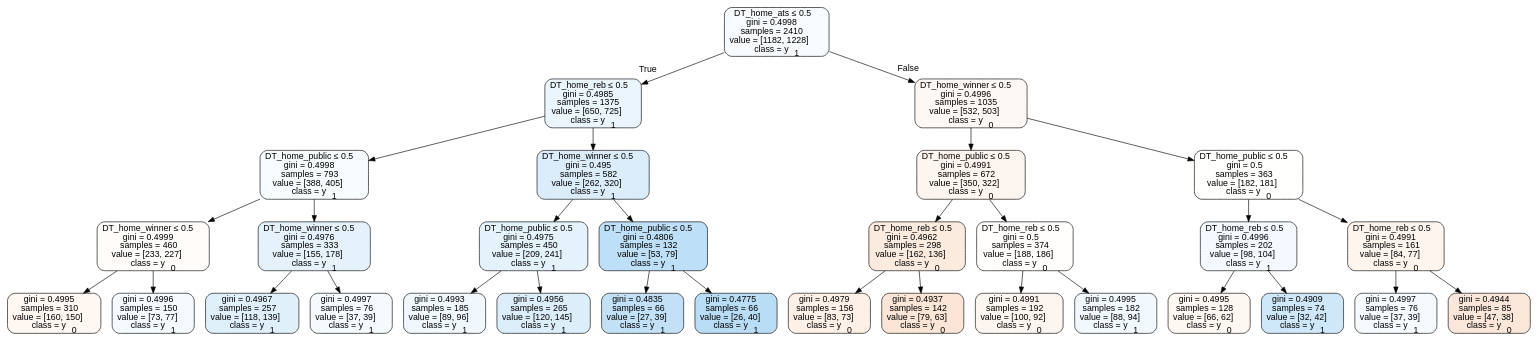
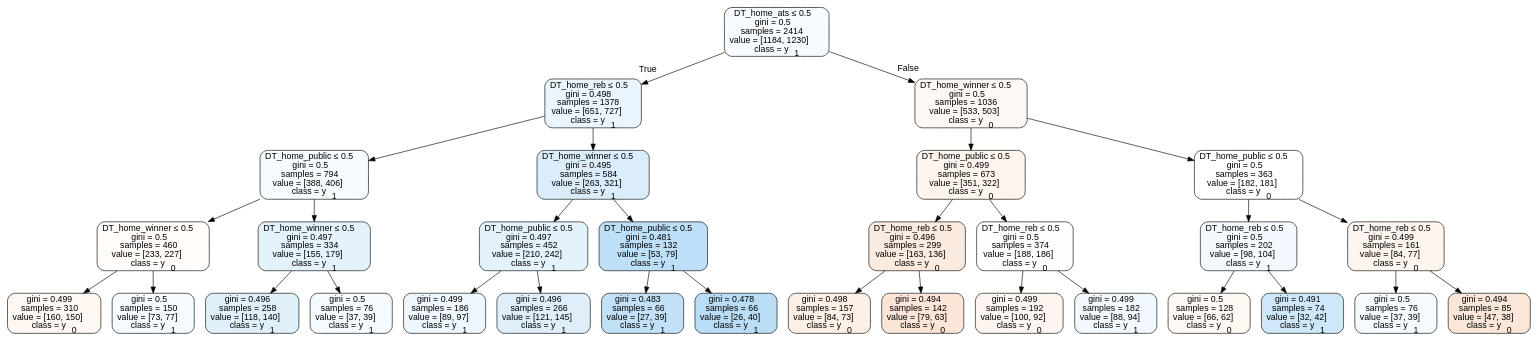
Before and after one commit to usbogie/ncaa-bets: the diagram in Basketball/data/trees/tree2013neutral.dot, drawn with Graphviz. The commit also changed 26 other files, not shown here.

```diff
--- a/Basketball/data/trees/tree2013neutral.dot
+++ b/Basketball/data/trees/tree2013neutral.dot
@@ -1,65 +1,65 @@
 digraph Tree {
 node [shape=box, style="filled, rounded", color="black", fontname=helvetica] ;
 edge [fontname=helvetica] ;
-0 [label=<DT_home_ats &le; 0.5<br/>gini = 0.4998<br/>samples = 2410<br/>value = [1182, 1228]<br/>class = y<SUB>1</SUB>>, fillcolor="#399de50a"] ;
-1 [label=<DT_home_reb &le; 0.5<br/>gini = 0.4985<br/>samples = 1375<br/>value = [650, 725]<br/>class = y<SUB>1</SUB>>, fillcolor="#399de51a"] ;
+0 [label=<DT_home_ats &le; 0.5<br/>gini = 0.5<br/>samples = 2414<br/>value = [1184, 1230]<br/>class = y<SUB>1</SUB>>, fillcolor="#399de50a"] ;
+1 [label=<DT_home_reb &le; 0.5<br/>gini = 0.498<br/>samples = 1378<br/>value = [651, 727]<br/>class = y<SUB>1</SUB>>, fillcolor="#399de51b"] ;
 0 -> 1 [labeldistance=2.5, labelangle=45, headlabel="True"] ;
-2 [label=<DT_home_public &le; 0.5<br/>gini = 0.4998<br/>samples = 793<br/>value = [388, 405]<br/>class = y<SUB>1</SUB>>, fillcolor="#399de50b"] ;
+2 [label=<DT_home_public &le; 0.5<br/>gini = 0.5<br/>samples = 794<br/>value = [388, 406]<br/>class = y<SUB>1</SUB>>, fillcolor="#399de50b"] ;
 1 -> 2 ;
-3 [label=<DT_home_winner &le; 0.5<br/>gini = 0.4999<br/>samples = 460<br/>value = [233, 227]<br/>class = y<SUB>0</SUB>>, fillcolor="#e5813907"] ;
+3 [label=<DT_home_winner &le; 0.5<br/>gini = 0.5<br/>samples = 460<br/>value = [233, 227]<br/>class = y<SUB>0</SUB>>, fillcolor="#e5813907"] ;
 2 -> 3 ;
-4 [label=<gini = 0.4995<br/>samples = 310<br/>value = [160, 150]<br/>class = y<SUB>0</SUB>>, fillcolor="#e5813910"] ;
+4 [label=<gini = 0.499<br/>samples = 310<br/>value = [160, 150]<br/>class = y<SUB>0</SUB>>, fillcolor="#e5813910"] ;
 3 -> 4 ;
-5 [label=<gini = 0.4996<br/>samples = 150<br/>value = [73, 77]<br/>class = y<SUB>1</SUB>>, fillcolor="#399de50d"] ;
+5 [label=<gini = 0.5<br/>samples = 150<br/>value = [73, 77]<br/>class = y<SUB>1</SUB>>, fillcolor="#399de50d"] ;
 3 -> 5 ;
-6 [label=<DT_home_winner &le; 0.5<br/>gini = 0.4976<br/>samples = 333<br/>value = [155, 178]<br/>class = y<SUB>1</SUB>>, fillcolor="#399de521"] ;
+6 [label=<DT_home_winner &le; 0.5<br/>gini = 0.497<br/>samples = 334<br/>value = [155, 179]<br/>class = y<SUB>1</SUB>>, fillcolor="#399de522"] ;
 2 -> 6 ;
-7 [label=<gini = 0.4967<br/>samples = 257<br/>value = [118, 139]<br/>class = y<SUB>1</SUB>>, fillcolor="#399de527"] ;
+7 [label=<gini = 0.496<br/>samples = 258<br/>value = [118, 140]<br/>class = y<SUB>1</SUB>>, fillcolor="#399de528"] ;
 6 -> 7 ;
-8 [label=<gini = 0.4997<br/>samples = 76<br/>value = [37, 39]<br/>class = y<SUB>1</SUB>>, fillcolor="#399de50d"] ;
+8 [label=<gini = 0.5<br/>samples = 76<br/>value = [37, 39]<br/>class = y<SUB>1</SUB>>, fillcolor="#399de50d"] ;
 6 -> 8 ;
-9 [label=<DT_home_winner &le; 0.5<br/>gini = 0.495<br/>samples = 582<br/>value = [262, 320]<br/>class = y<SUB>1</SUB>>, fillcolor="#399de52e"] ;
+9 [label=<DT_home_winner &le; 0.5<br/>gini = 0.495<br/>samples = 584<br/>value = [263, 321]<br/>class = y<SUB>1</SUB>>, fillcolor="#399de52e"] ;
 1 -> 9 ;
-10 [label=<DT_home_public &le; 0.5<br/>gini = 0.4975<br/>samples = 450<br/>value = [209, 241]<br/>class = y<SUB>1</SUB>>, fillcolor="#399de522"] ;
+10 [label=<DT_home_public &le; 0.5<br/>gini = 0.497<br/>samples = 452<br/>value = [210, 242]<br/>class = y<SUB>1</SUB>>, fillcolor="#399de522"] ;
 9 -> 10 ;
-11 [label=<gini = 0.4993<br/>samples = 185<br/>value = [89, 96]<br/>class = y<SUB>1</SUB>>, fillcolor="#399de513"] ;
+11 [label=<gini = 0.499<br/>samples = 186<br/>value = [89, 97]<br/>class = y<SUB>1</SUB>>, fillcolor="#399de515"] ;
 10 -> 11 ;
-12 [label=<gini = 0.4956<br/>samples = 265<br/>value = [120, 145]<br/>class = y<SUB>1</SUB>>, fillcolor="#399de52c"] ;
+12 [label=<gini = 0.496<br/>samples = 266<br/>value = [121, 145]<br/>class = y<SUB>1</SUB>>, fillcolor="#399de52a"] ;
 10 -> 12 ;
-13 [label=<DT_home_public &le; 0.5<br/>gini = 0.4806<br/>samples = 132<br/>value = [53, 79]<br/>class = y<SUB>1</SUB>>, fillcolor="#399de554"] ;
+13 [label=<DT_home_public &le; 0.5<br/>gini = 0.481<br/>samples = 132<br/>value = [53, 79]<br/>class = y<SUB>1</SUB>>, fillcolor="#399de554"] ;
 9 -> 13 ;
-14 [label=<gini = 0.4835<br/>samples = 66<br/>value = [27, 39]<br/>class = y<SUB>1</SUB>>, fillcolor="#399de54e"] ;
+14 [label=<gini = 0.483<br/>samples = 66<br/>value = [27, 39]<br/>class = y<SUB>1</SUB>>, fillcolor="#399de54e"] ;
 13 -> 14 ;
-15 [label=<gini = 0.4775<br/>samples = 66<br/>value = [26, 40]<br/>class = y<SUB>1</SUB>>, fillcolor="#399de559"] ;
+15 [label=<gini = 0.478<br/>samples = 66<br/>value = [26, 40]<br/>class = y<SUB>1</SUB>>, fillcolor="#399de559"] ;
 13 -> 15 ;
-16 [label=<DT_home_winner &le; 0.5<br/>gini = 0.4996<br/>samples = 1035<br/>value = [532, 503]<br/>class = y<SUB>0</SUB>>, fillcolor="#e581390e"] ;
+16 [label=<DT_home_winner &le; 0.5<br/>gini = 0.5<br/>samples = 1036<br/>value = [533, 503]<br/>class = y<SUB>0</SUB>>, fillcolor="#e581390e"] ;
 0 -> 16 [labeldistance=2.5, labelangle=-45, headlabel="False"] ;
-17 [label=<DT_home_public &le; 0.5<br/>gini = 0.4991<br/>samples = 672<br/>value = [350, 322]<br/>class = y<SUB>0</SUB>>, fillcolor="#e5813914"] ;
+17 [label=<DT_home_public &le; 0.5<br/>gini = 0.499<br/>samples = 673<br/>value = [351, 322]<br/>class = y<SUB>0</SUB>>, fillcolor="#e5813915"] ;
 16 -> 17 ;
-18 [label=<DT_home_reb &le; 0.5<br/>gini = 0.4962<br/>samples = 298<br/>value = [162, 136]<br/>class = y<SUB>0</SUB>>, fillcolor="#e5813929"] ;
+18 [label=<DT_home_reb &le; 0.5<br/>gini = 0.496<br/>samples = 299<br/>value = [163, 136]<br/>class = y<SUB>0</SUB>>, fillcolor="#e581392a"] ;
 17 -> 18 ;
-19 [label=<gini = 0.4979<br/>samples = 156<br/>value = [83, 73]<br/>class = y<SUB>0</SUB>>, fillcolor="#e581391f"] ;
+19 [label=<gini = 0.498<br/>samples = 157<br/>value = [84, 73]<br/>class = y<SUB>0</SUB>>, fillcolor="#e5813921"] ;
 18 -> 19 ;
-20 [label=<gini = 0.4937<br/>samples = 142<br/>value = [79, 63]<br/>class = y<SUB>0</SUB>>, fillcolor="#e5813934"] ;
+20 [label=<gini = 0.494<br/>samples = 142<br/>value = [79, 63]<br/>class = y<SUB>0</SUB>>, fillcolor="#e5813934"] ;
 18 -> 20 ;
 21 [label=<DT_home_reb &le; 0.5<br/>gini = 0.5<br/>samples = 374<br/>value = [188, 186]<br/>class = y<SUB>0</SUB>>, fillcolor="#e5813903"] ;
 17 -> 21 ;
-22 [label=<gini = 0.4991<br/>samples = 192<br/>value = [100, 92]<br/>class = y<SUB>0</SUB>>, fillcolor="#e5813914"] ;
+22 [label=<gini = 0.499<br/>samples = 192<br/>value = [100, 92]<br/>class = y<SUB>0</SUB>>, fillcolor="#e5813914"] ;
 21 -> 22 ;
-23 [label=<gini = 0.4995<br/>samples = 182<br/>value = [88, 94]<br/>class = y<SUB>1</SUB>>, fillcolor="#399de510"] ;
+23 [label=<gini = 0.499<br/>samples = 182<br/>value = [88, 94]<br/>class = y<SUB>1</SUB>>, fillcolor="#399de510"] ;
 21 -> 23 ;
 24 [label=<DT_home_public &le; 0.5<br/>gini = 0.5<br/>samples = 363<br/>value = [182, 181]<br/>class = y<SUB>0</SUB>>, fillcolor="#e5813901"] ;
 16 -> 24 ;
-25 [label=<DT_home_reb &le; 0.5<br/>gini = 0.4996<br/>samples = 202<br/>value = [98, 104]<br/>class = y<SUB>1</SUB>>, fillcolor="#399de50f"] ;
+25 [label=<DT_home_reb &le; 0.5<br/>gini = 0.5<br/>samples = 202<br/>value = [98, 104]<br/>class = y<SUB>1</SUB>>, fillcolor="#399de50f"] ;
 24 -> 25 ;
-26 [label=<gini = 0.4995<br/>samples = 128<br/>value = [66, 62]<br/>class = y<SUB>0</SUB>>, fillcolor="#e581390f"] ;
+26 [label=<gini = 0.5<br/>samples = 128<br/>value = [66, 62]<br/>class = y<SUB>0</SUB>>, fillcolor="#e581390f"] ;
 25 -> 26 ;
-27 [label=<gini = 0.4909<br/>samples = 74<br/>value = [32, 42]<br/>class = y<SUB>1</SUB>>, fillcolor="#399de53d"] ;
+27 [label=<gini = 0.491<br/>samples = 74<br/>value = [32, 42]<br/>class = y<SUB>1</SUB>>, fillcolor="#399de53d"] ;
 25 -> 27 ;
-28 [label=<DT_home_reb &le; 0.5<br/>gini = 0.4991<br/>samples = 161<br/>value = [84, 77]<br/>class = y<SUB>0</SUB>>, fillcolor="#e5813915"] ;
+28 [label=<DT_home_reb &le; 0.5<br/>gini = 0.499<br/>samples = 161<br/>value = [84, 77]<br/>class = y<SUB>0</SUB>>, fillcolor="#e5813915"] ;
 24 -> 28 ;
-29 [label=<gini = 0.4997<br/>samples = 76<br/>value = [37, 39]<br/>class = y<SUB>1</SUB>>, fillcolor="#399de50d"] ;
+29 [label=<gini = 0.5<br/>samples = 76<br/>value = [37, 39]<br/>class = y<SUB>1</SUB>>, fillcolor="#399de50d"] ;
 28 -> 29 ;
-30 [label=<gini = 0.4944<br/>samples = 85<br/>value = [47, 38]<br/>class = y<SUB>0</SUB>>, fillcolor="#e5813931"] ;
+30 [label=<gini = 0.494<br/>samples = 85<br/>value = [47, 38]<br/>class = y<SUB>0</SUB>>, fillcolor="#e5813931"] ;
 28 -> 30 ;
 }
```
